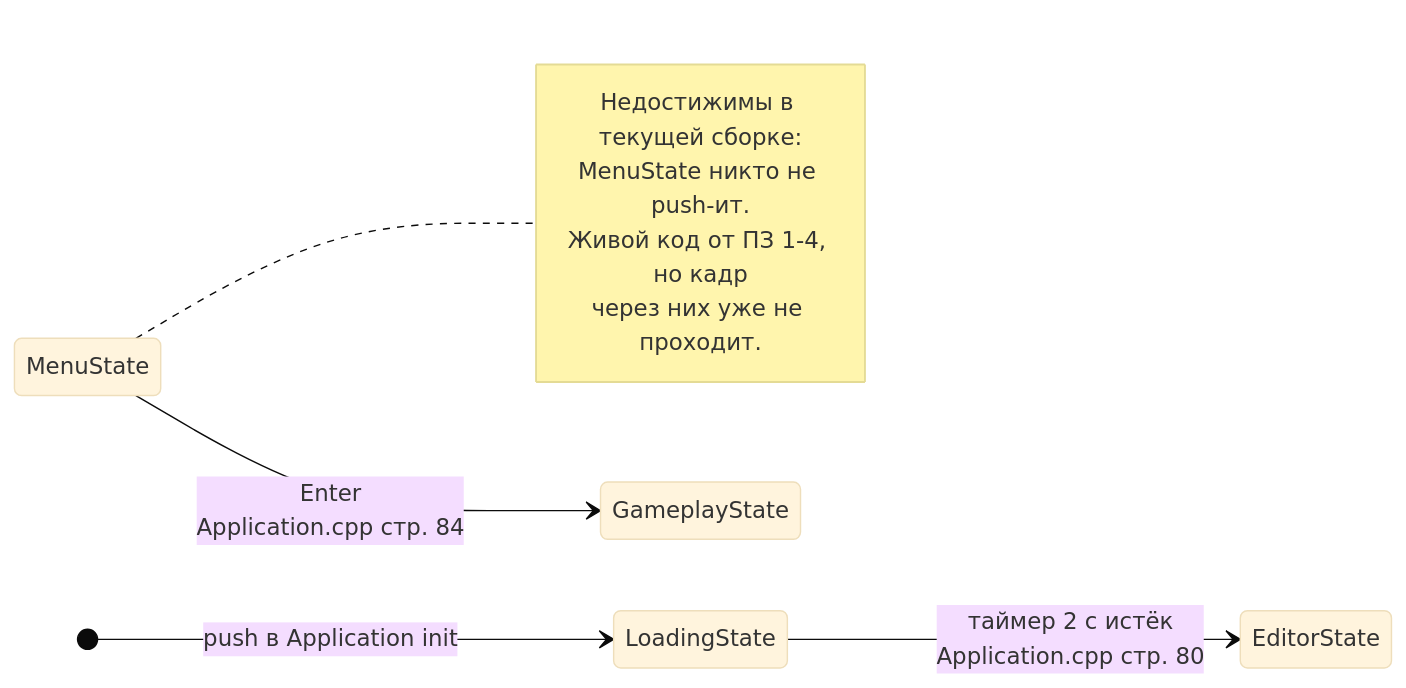
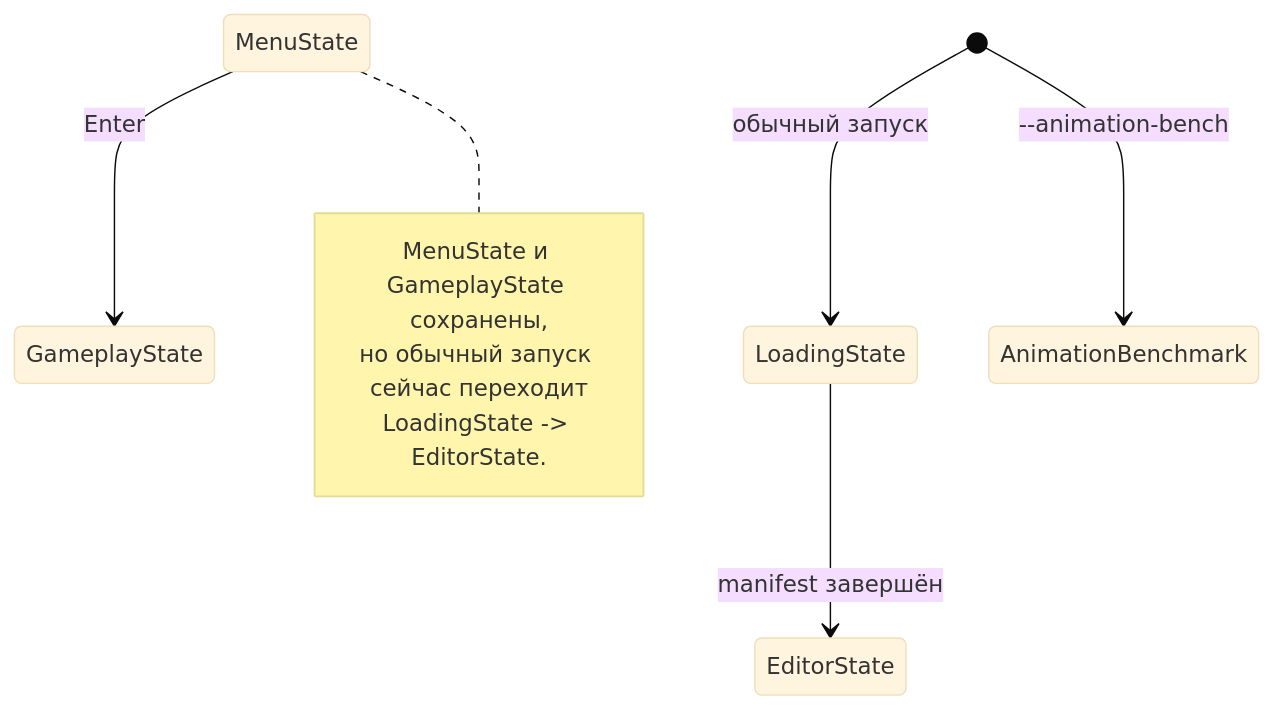
Before and after one commit to olegsheyko/AID_ITMO_UzlezzEngine: the fourth of 5 diagrams in docs/ARCHITECTURE.md, drawn with Mermaid (base theme). The commit also changed other lines of this file and 41 other files, not shown here.

````diff
--- a/docs/ARCHITECTURE.md
+++ b/docs/ARCHITECTURE.md
@@ -186,17 +123,13 @@
 ```mermaid
 stateDiagram-v2
-    direction LR
-    [*] --> LoadingState : push в Application init
-    LoadingState --> EditorState : таймер 2 c истёк<br/>Application.cpp стр. 80
+    [*] --> LoadingState : обычный запуск
+    LoadingState --> EditorState : manifest завершён
+    [*] --> AnimationBenchmark : --animation-bench
+    MenuState --> GameplayState : Enter
 
-    state "MenuState" as Menu
-    state "GameplayState" as Play
-    Menu --> Play : Enter<br/>Application.cpp стр. 84
-
-    note right of Menu
-        Недостижимы в текущей сборке:
-        MenuState никто не push-ит.
-        Живой код от ПЗ 1-4, но кадр
-        через них уже не проходит.
+    note right of MenuState
+        MenuState и GameplayState сохранены,
+        но обычный запуск сейчас переходит
+        LoadingState -> EditorState.
     end note
 ```
````
